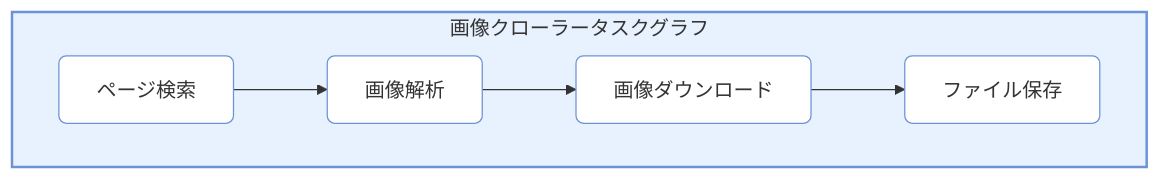
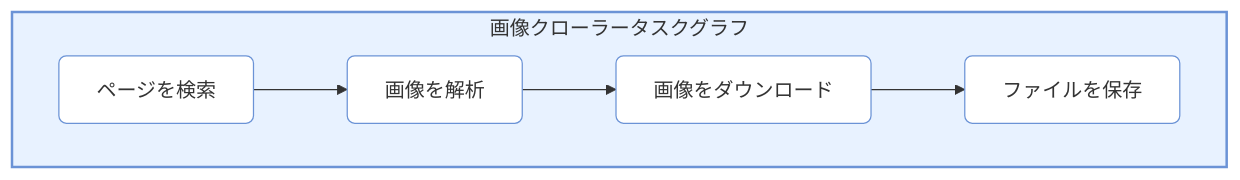
Before and after one commit to Mr-xiaotian/CelestialFlow: the diagram in docs/ja/tutorial.md, drawn with Mermaid. The commit also changed other lines of this file and 278 other files, not shown here.

````diff
--- a/docs/ja/tutorial.md
+++ b/docs/ja/tutorial.md
@@ -36,19 +36,19 @@
 ```mermaid
 flowchart LR
     subgraph TG[画像クローラータスクグラフ]
         direction LR
         
-        S1[ページ検索]
-        S2[画像解析]
-        S3[画像ダウンロード]
-        S4[ファイル保存]
+        S1[ページを検索]
+        S2[画像を解析]
+        S3[画像をダウンロード]
+        S4[ファイルを保存]
         
         S1 --> S2
         S2 --> S3
         S3 --> S4
     end
     
     style TG fill:#e8f2ff,stroke:#6b93d6,stroke-width:2px
     classDef blueNode fill:#ffffff,stroke:#6b93d6,rx:6px,ry:6px;
     class S1,S2,S3,S4 blueNode;
 ```
````
